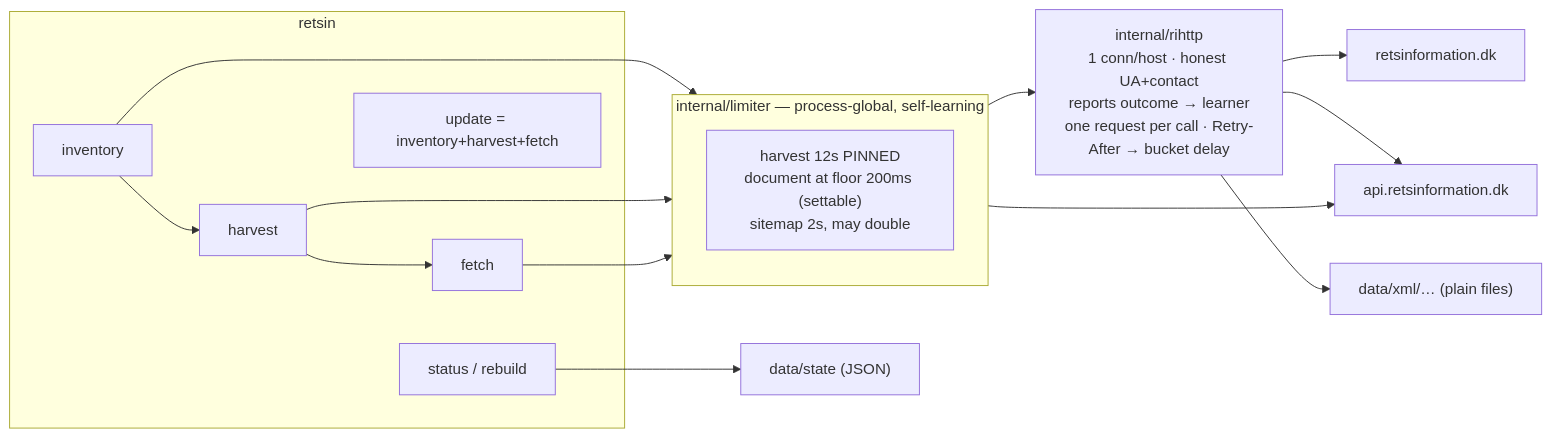
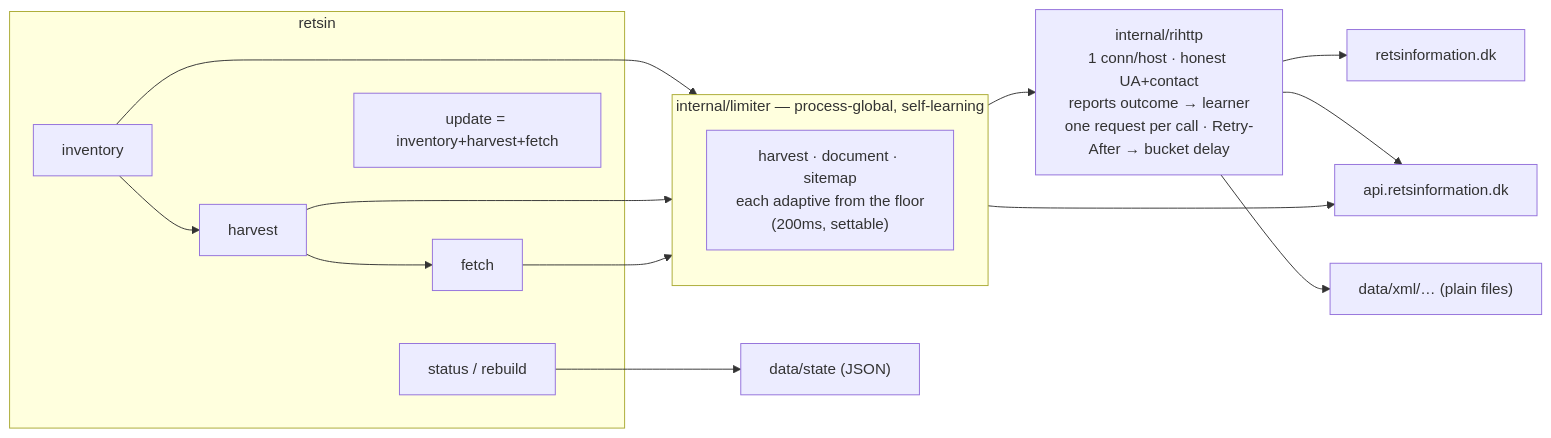
One commit to lkarlslund/lovkilde changed the diagram in README.md. Above: the diagram before and after it, drawn with Mermaid. The commit also changed other lines of this file and 59 other files, not shown here.

````diff
--- a/README.md
+++ b/README.md
@@ -719,17 +718,17 @@
 ```mermaid
 flowchart LR
   subgraph CLI["retsin"]
     C1["inventory"] --> C2["harvest"] --> C3["fetch"]
     U["update = inventory+harvest+fetch"]
     S["status / rebuild"]
   end
   subgraph PACE["internal/limiter — process-global, self-learning"]
-    B["harvest 12s PINNED<br/>document at floor 200ms (settable)<br/>sitemap 2s, may double"]
+    B["harvest · document · sitemap<br/>each adaptive from the floor<br/>(200ms, settable)"]
   end
   C1 & C2 & C3 --> PACE --> H["internal/rihttp<br/>1 conn/host · honest UA+contact<br/>reports outcome → learner<br/>one request per call · Retry-After → bucket delay"]
   H --> RI["retsinformation.dk"]
   PACE --> RI2["api.retsinformation.dk"]
   H --> RI2
   H --> A["data/xml/… (plain files)"]
   S --> K["data/state (JSON)"]
 ```
````
